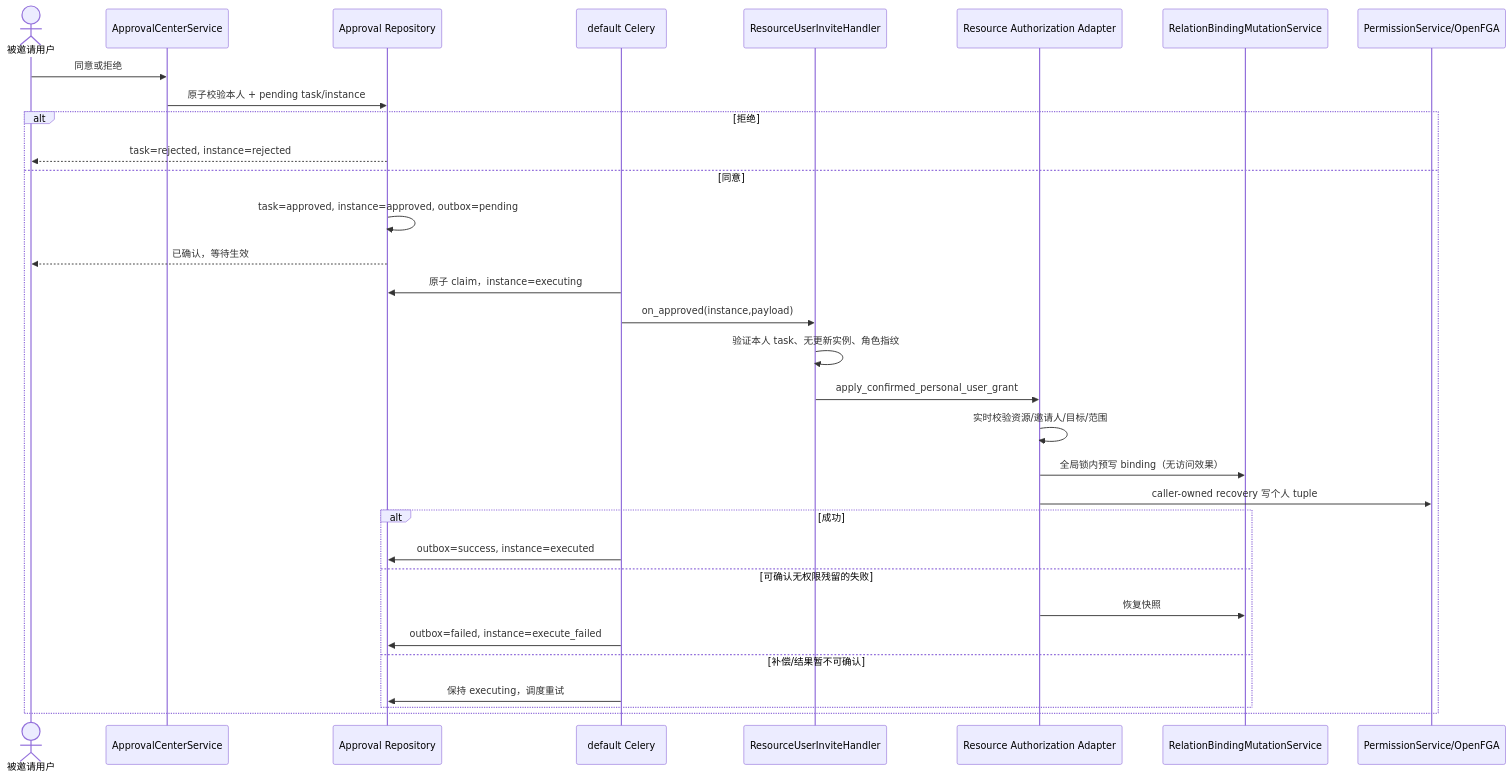
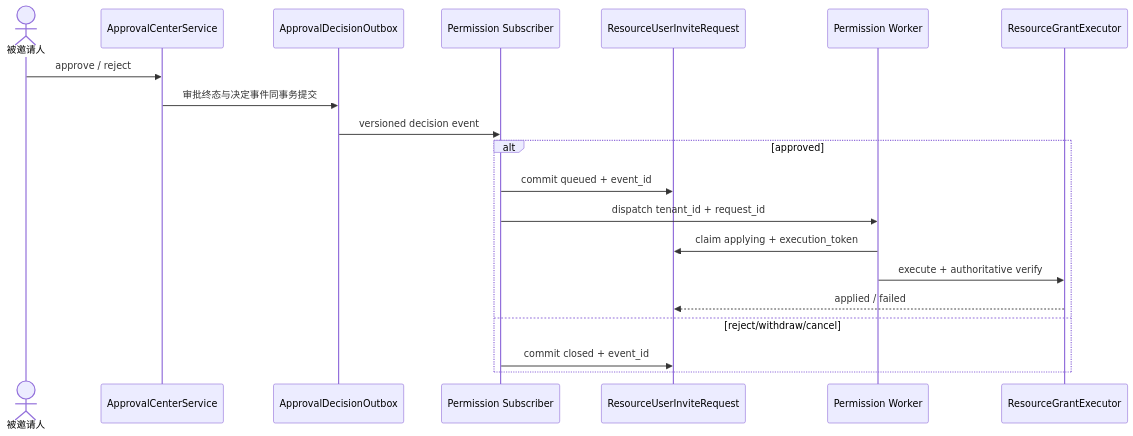
Before and after one commit to dataelement/bisheng: the second of 2 diagrams in features/v2.6.0/045-personal-user-invite-confirmation/design.md, drawn with Mermaid. The commit also changed other lines of this file and 161 other files, not shown here.

Commit message:
refactor: decouple approval from business execution

````diff
--- a/features/v2.6.0/045-personal-user-invite-confirmation/design.md
+++ b/features/v2.6.0/045-personal-user-invite-confirmation/design.md
@@ -218,35 +148,23 @@
 ```mermaid
 sequenceDiagram
-    actor Invitee as 被邀请用户
-    participant Center as ApprovalCenterService
-    participant DB as Approval Repository
-    participant Worker as default Celery
-    participant Handler as ResourceUserInviteHandler
-    participant Resource as Resource Authorization Adapter
-    participant Binding as RelationBindingMutationService
-    participant FGA as PermissionService/OpenFGA
+    actor Invitee as 被邀请人
+    participant F025 as ApprovalCenterService
+    participant Event as ApprovalDecisionOutbox
+    participant Subscriber as Permission Subscriber
+    participant Request as ResourceUserInviteRequest
+    participant Worker as Permission Worker
+    participant Executor as ResourceGrantExecutor
 
-    Invitee->>Center: 同意或拒绝
-    Center->>DB: 原子校验本人 + pending task/instance
-    alt 拒绝
-        DB-->>Invitee: task=rejected, instance=rejected
-    else 同意
-        DB->>DB: task=approved, instance=approved, outbox=pending
-        DB-->>Invitee: 已确认，等待生效
-        Worker->>DB: 原子 claim，instance=executing
-        Worker->>Handler: on_approved(instance,payload)
-        Handler->>Handler: 验证本人 task、无更新实例、角色指纹
-        Handler->>Resource: apply_confirmed_personal_user_grant
-        Resource->>Resource: 实时校验资源/邀请人/目标/范围
-        Resource->>Binding: 全局锁内预写 binding（无访问效果）
-        Resource->>FGA: caller-owned recovery 写个人 tuple
-        alt 成功
-            Worker->>DB: outbox=success, instance=executed
-        else 可确认无权限残留的失败
-            Resource->>Binding: 恢复快照
-            Worker->>DB: outbox=failed, instance=execute_failed
-        else 补偿/结果暂不可确认
-            Worker->>DB: 保持 executing，调度重试
-        end
+    Invitee->>F025: approve / reject
+    F025->>Event: 审批终态与决定事件同事务提交
+    Event->>Subscriber: versioned decision event
+    alt approved
+        Subscriber->>Request: commit queued + event_id
+        Subscriber->>Worker: dispatch tenant_id + request_id
+        Worker->>Request: claim applying + execution_token
+        Worker->>Executor: execute + authoritative verify
+        Executor-->>Request: applied / failed
+    else reject/withdraw/cancel
+        Subscriber->>Request: commit closed + event_id
     end
 ```
````
